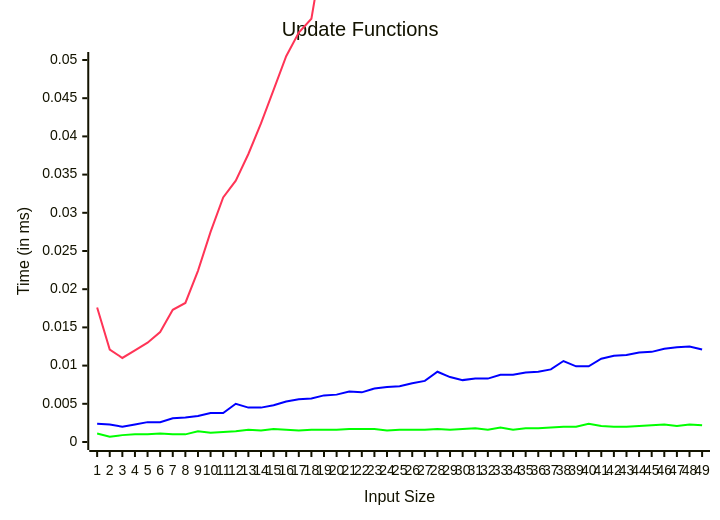
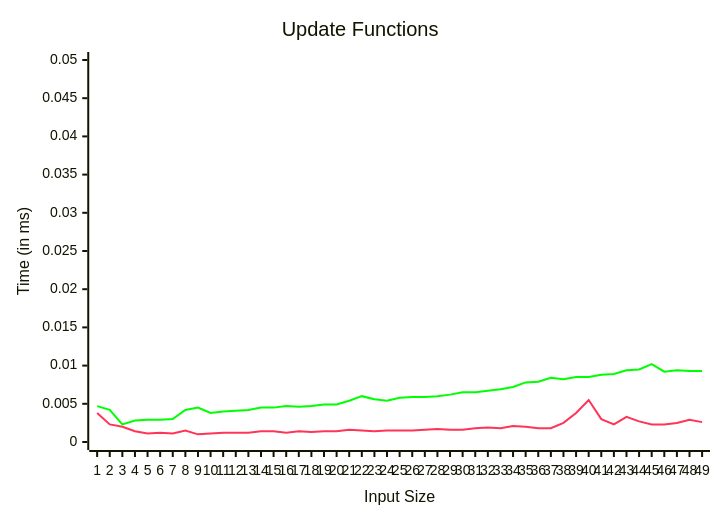
The diagram in bench/backend-JS.md (m-bock/purescript-transit), drawn with Mermaid before and after one commit. The commit also changed other lines of this file and 5 other files, not shown here.

````diff
--- a/bench/backend-JS.md
+++ b/bench/backend-JS.md
@@ -2,15 +2,14 @@
 ```mermaid
 ---
   config:
     themeVariables:
         xyChart:
             plotColorPalette: "#ff3456, #00ff00, #0000ff, #ffff00, #ff00ff, #00ffff"
 ---
 xychart
   title "Update Functions"
   x-axis "Input Size" [1, 2, 3, 4, 5, 6, 7, 8, 9, 10, 11, 12, 13, 14, 15, 16, 17, 18, 19, 20, 21, 22, 23, 24, 25, 26, 27, 28, 29, 30, 31, 32, 33, 34, 35, 36, 37, 38, 39, 40, 41, 42, 43, 44, 45, 46, 47, 48, 49]
   y-axis "Time (in ms)" 0 --> 0.05
-  line [0.0176, 0.0121, 0.011, 0.012, 0.013, 0.0144, 0.0173, 0.0182, 0.0224, 0.0275, 0.032, 0.0342, 0.0377, 0.0417, 0.0461, 0.0505, 0.0536, 0.0554, 0.0651, 0.0736, 0.0791, 0.1111, 0.1271, 0.1125, 0.1027, 0.1158, 0.1315, 0.1298, 0.1497, 0.1523, 0.1757, 0.1803, 0.1843, 0.2098, 0.2585, 0.2516, 0.2513, 0.3111, 0.2746, 0.3022, 0.3251, 0.3348, 0.3675, 0.3786, 0.3905, 0.4326, 0.4715, 0.4784, 0.2658]
-  line [0.0011, 0.0007, 0.0009, 0.001, 0.001, 0.0011, 0.001, 0.001, 0.0014, 0.0012, 0.0013, 0.0014, 0.0016, 0.0015, 0.0017, 0.0016, 0.0015, 0.0016, 0.0016, 0.0016, 0.0017, 0.0017, 0.0017, 0.0015, 0.0016, 0.0016, 0.0016, 0.0017, 0.0016, 0.0017, 0.0018, 0.0016, 0.0019, 0.0016, 0.0018, 0.0018, 0.0019, 0.002, 0.002, 0.0024, 0.0021, 0.002, 0.002, 0.0021, 0.0022, 0.0023, 0.0021, 0.0023, 0.0022]
-  line [0.0024, 0.0023, 0.002, 0.0023, 0.0026, 0.0026, 0.0031, 0.0032, 0.0034, 0.0038, 0.0038, 0.005, 0.0045, 0.0045, 0.0048, 0.0053, 0.0056, 0.0057, 0.0061, 0.0062, 0.0066, 0.0065, 0.007, 0.0072, 0.0073, 0.0077, 0.008, 0.0092, 0.0085, 0.0081, 0.0083, 0.0083, 0.0088, 0.0088, 0.0091, 0.0092, 0.0095, 0.0106, 0.0099, 0.0099, 0.0109, 0.0113, 0.0114, 0.0117, 0.0118, 0.0122, 0.0124, 0.0125, 0.0121]
+  line [0.0038, 0.0023, 0.002, 0.0014, 0.0011, 0.0012, 0.0011, 0.0015, 0.001, 0.0011, 0.0012, 0.0012, 0.0012, 0.0014, 0.0014, 0.0012, 0.0014, 0.0013, 0.0014, 0.0014, 0.0016, 0.0015, 0.0014, 0.0015, 0.0015, 0.0015, 0.0016, 0.0017, 0.0016, 0.0016, 0.0018, 0.0019, 0.0018, 0.0021, 0.002, 0.0018, 0.0018, 0.0025, 0.0038, 0.0055, 0.003, 0.0023, 0.0033, 0.0027, 0.0023, 0.0023, 0.0025, 0.0029, 0.0026]
+  line [0.0047, 0.0042, 0.0023, 0.0028, 0.0029, 0.0029, 0.003, 0.0042, 0.0045, 0.0038, 0.004, 0.0041, 0.0042, 0.0045, 0.0045, 0.0047, 0.0046, 0.0047, 0.0049, 0.0049, 0.0054, 0.006, 0.0056, 0.0054, 0.0058, 0.0059, 0.0059, 0.006, 0.0062, 0.0065, 0.0065, 0.0067, 0.0069, 0.0072, 0.0078, 0.0079, 0.0084, 0.0082, 0.0085, 0.0085, 0.0088, 0.0089, 0.0094, 0.0095, 0.0102, 0.0092, 0.0094, 0.0093, 0.0093]
 ```
````
